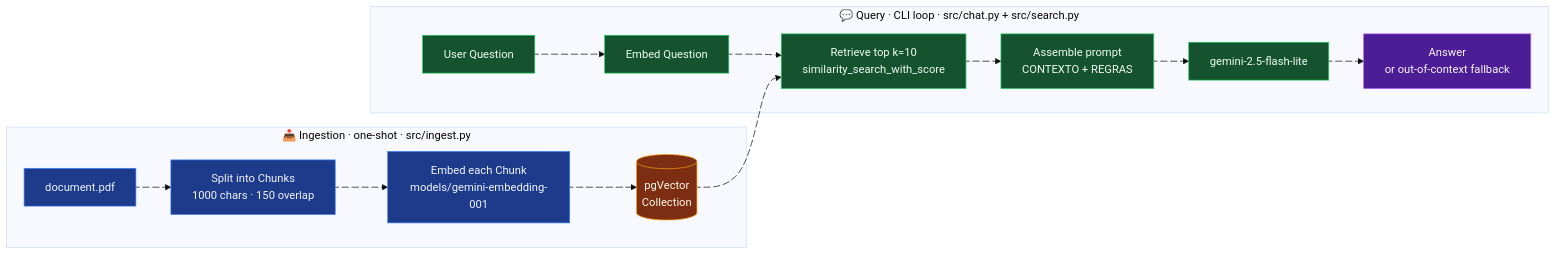
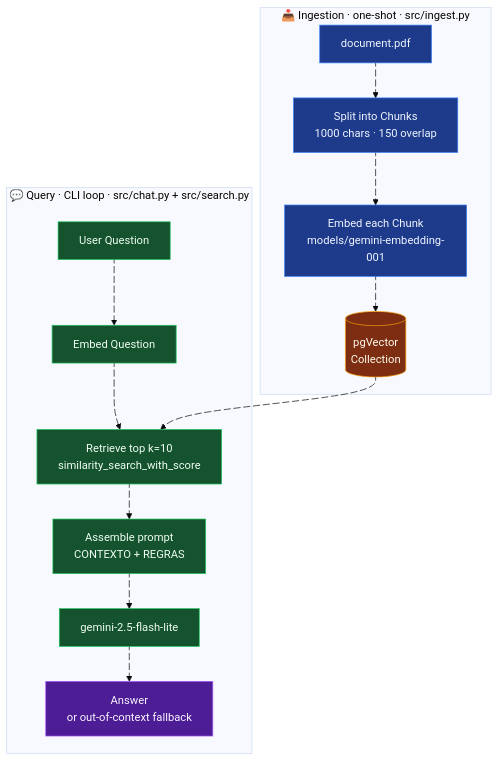
The diagram in README.md (rodrigorjsf/semantic-search-mba-fullcycle), drawn with Mermaid (base theme) before and after one commit. The commit also changed other lines of this file and 3 other files, not shown here.

````diff
--- a/README.md
+++ b/README.md
@@ -11,36 +11,36 @@
 ```mermaid
-flowchart LR
+flowchart TB
     subgraph Ingestion["📥 Ingestion · one-shot · src/ingest.py"]
         PDF[document.pdf] e1@--> SPLIT["Split into Chunks<br/>1000 chars · 150 overlap"]
         SPLIT e2@--> EMB1["Embed each Chunk<br/>models/gemini-embedding-001"]
         EMB1 e3@--> STORE[("pgVector<br/>Collection")]
     end
     subgraph Query["💬 Query · CLI loop · src/chat.py + src/search.py"]
         Q["User Question"] e4@--> EMB2["Embed Question"]
         EMB2 e5@--> RET["Retrieve top k=10<br/>similarity_search_with_score"]
         STORE e6@--> RET
         RET e7@--> PROMPT["Assemble prompt<br/>CONTEXTO + REGRAS"]
         PROMPT e8@--> LLM["gemini-2.5-flash-lite"]
         LLM e9@--> ANS["Answer<br/>or out-of-context fallback"]
     end
 
     e1@{ animate: true }
     e2@{ animate: true }
     e3@{ animate: true }
     e4@{ animate: true }
     e5@{ animate: true }
     e6@{ animate: true }
     e7@{ animate: true }
     e8@{ animate: true }
     e9@{ animate: true }
 
     classDef ingest fill:#1e3a8a,stroke:#3b82f6,color:#eff6ff;
     classDef query fill:#14532d,stroke:#22c55e,color:#f0fdf4;
     classDef store fill:#7c2d12,stroke:#f59e0b,color:#fffbeb;
     classDef answer fill:#4c1d95,stroke:#a855f7,color:#faf5ff;
 
     class PDF,SPLIT,EMB1 ingest;
     class Q,EMB2,RET,PROMPT,LLM query;
     class STORE store;
     class ANS answer;
 ```
````
